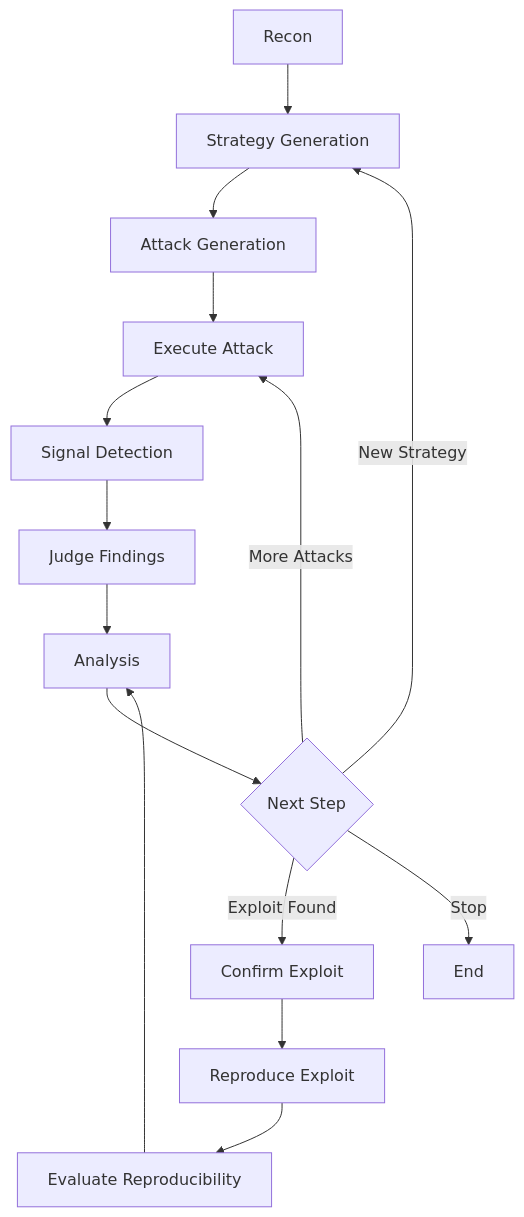
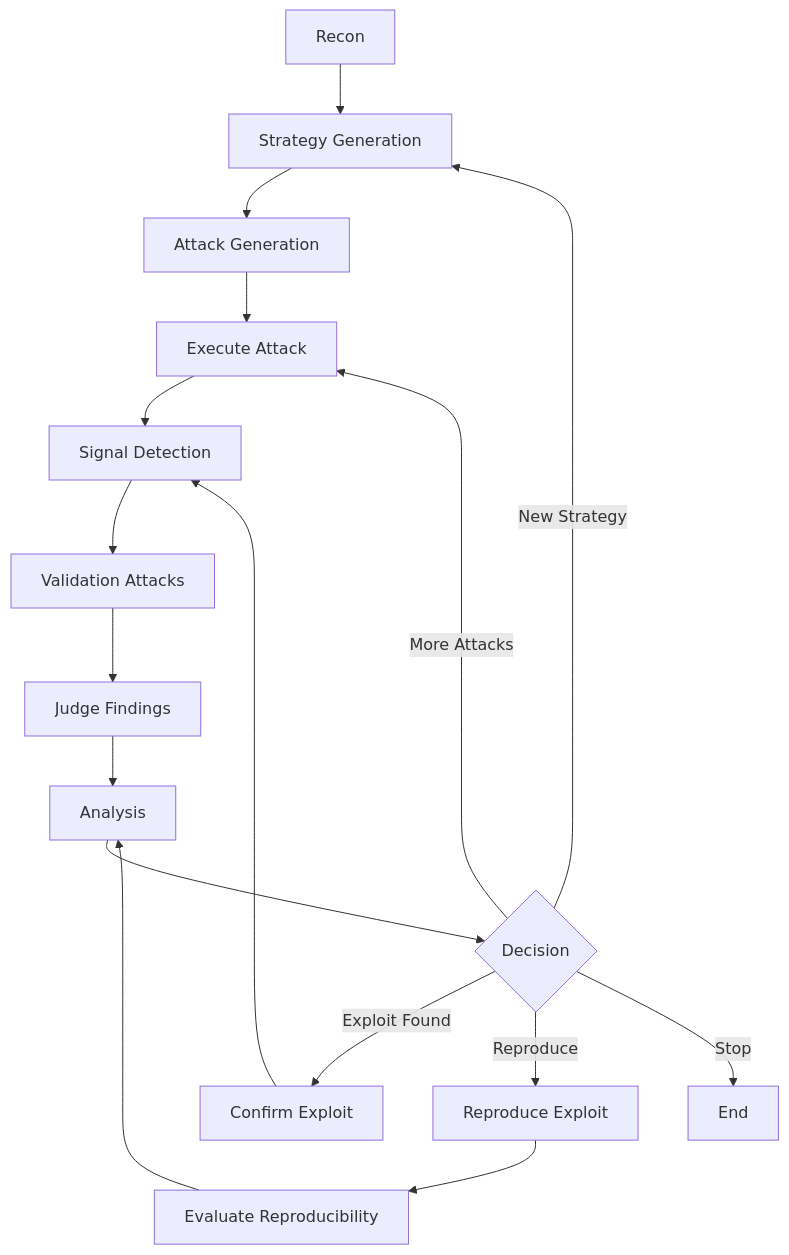
The diagram in README.md (Madhuvandhana/ragnarok), drawn with Mermaid before and after one commit. The commit also changed other lines of this file, not shown here.

````diff
--- a/README.md
+++ b/README.md
@@ -106,18 +77,30 @@
 ```mermaid
 graph TD
     A[Recon] --> B[Strategy Generation]
     B --> C[Attack Generation]
     C --> D[Execute Attack]
+
     D --> E[Signal Detection]
-    E --> F[Judge Findings]
-    F --> G[Analysis]
-    G --> H{Next Step}
+    E --> F[Validation Attacks]
 
-    H -->|More Attacks| D
-    H -->|New Strategy| B
-    H -->|Exploit Found| I[Confirm Exploit]
-    I --> J[Reproduce Exploit]
-    J --> K[Evaluate Reproducibility]
-    K --> G
-    H -->|Stop| L[End]
+    F --> G[Judge Findings]
+    G --> H[Analysis]
+
+    H --> I{Decision}
+
+    %% Main loops
+    I -->|More Attacks| D
+    I -->|New Strategy| B
+
+    %% Exploit confirmation loop
+    I -->|Exploit Found| J[Confirm Exploit]
+    J --> E
+
+    %% Reproducibility loop
+    I -->|Reproduce| K[Reproduce Exploit]
+    K --> L[Evaluate Reproducibility]
+    L --> H
+
+    %% End
+    I -->|Stop| M[End]
 ```
````
